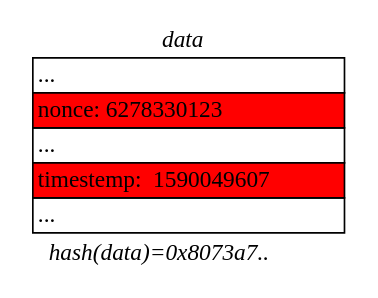
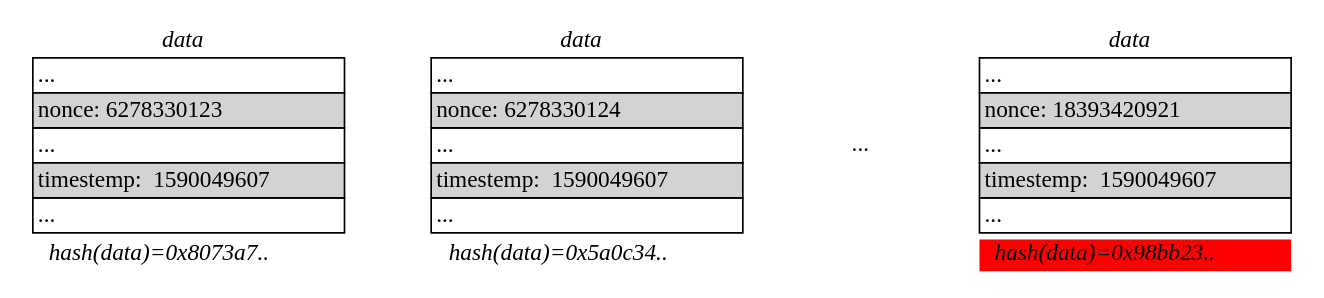
One commit to sbagency/scouting_web3_technologies changed the diagram in graphs/brute-force-hashes.gv. Above: the diagram before and after it, drawn with Graphviz. The commit also changed 16 other files, not shown here.

```diff
--- a/graphs/brute-force-hashes.gv
+++ b/graphs/brute-force-hashes.gv
@@ -1,21 +1,62 @@
 digraph bfh {
 
     rankdir=LR;
 
     node1
     [
         shape = none
         label = <<table border="0" cellspacing="0">
                     <tr><td align="center" port="port1" border="0" color="white"><i>data</i></td></tr>
                     <tr><td align="left" port="port2" border="1">...</td></tr>
-                    <tr><td align="left" port="port3" border="1" bgcolor="red">nonce: 6278330123</td></tr>
+                    <tr><td align="left" port="port3" border="1" bgcolor="lightgray">nonce: 6278330123</td></tr>
                     <tr><td align="left" port="port4" border="1">...</td></tr>
-                    <tr><td align="left" port="port5" border="1" bgcolor="red">timestemp:  1590049607</td></tr>
+                    <tr><td align="left" port="port5" border="1" bgcolor="lightgray">timestemp:  1590049607</td></tr>
                     <tr><td align="left" port="port6" border="1">...</td></tr>
                     <tr><td align="center" port="port1" border="0" color="white"></td></tr>
                     <tr><td align="center" port="port1" border="0" color="white"><i>hash(data)=0x8073a7..</i></td></tr>
                 </table>>
     ]
 
 
+    node2
+    [
+        shape = none
+        label = <<table border="0" cellspacing="0">
+                    <tr><td align="center" port="port1" border="0" color="white"><i>data</i></td></tr>
+                    <tr><td align="left" port="port2" border="1">...</td></tr>
+                    <tr><td align="left" port="port3" border="1" bgcolor="lightgray">nonce: 6278330124</td></tr>
+                    <tr><td align="left" port="port4" border="1">...</td></tr>
+                    <tr><td align="left" port="port5" border="1" bgcolor="lightgray">timestemp:  1590049607</td></tr>
+                    <tr><td align="left" port="port6" border="1">...</td></tr>
+                    <tr><td align="center" port="port1" border="0" color="white"></td></tr>
+                    <tr><td align="center" port="port1" border="0" color="white"><i>hash(data)=0x5a0c34..</i></td></tr>
+                </table>>
+    ]
+
+    "N" [label="...",shape=none]
+
+
+
+    node3
+    [
+        shape = none
+        label = <<table border="0" cellspacing="0">
+                    <tr><td align="center" port="port1" border="0" color="white"><i>data</i></td></tr>
+                    <tr><td align="left" port="port2" border="1">...</td></tr>
+                    <tr><td align="left" port="port3" border="1" bgcolor="lightgray">nonce: 18393420921</td></tr>
+                    <tr><td align="left" port="port4" border="1">...</td></tr>
+                    <tr><td align="left" port="port5" border="1" bgcolor="lightgray">timestemp:  1590049607</td></tr>
+                    <tr><td align="left" port="port6" border="1">...</td></tr>
+                    <tr><td align="center" port="port1" border="0" color="white"></td></tr>
+                    <tr><td align="center" port="port1" border="0" bgcolor="red"><i>hash(data)=0x98bb23..</i></td></tr>
+                </table>>
+    ]
+
+
+    node1:port4->node2:port4 [style=invis];
+    node2:port4->N [style=invis];
+
+    N->node3:port4 [style=invis];
+
+
 }
```
